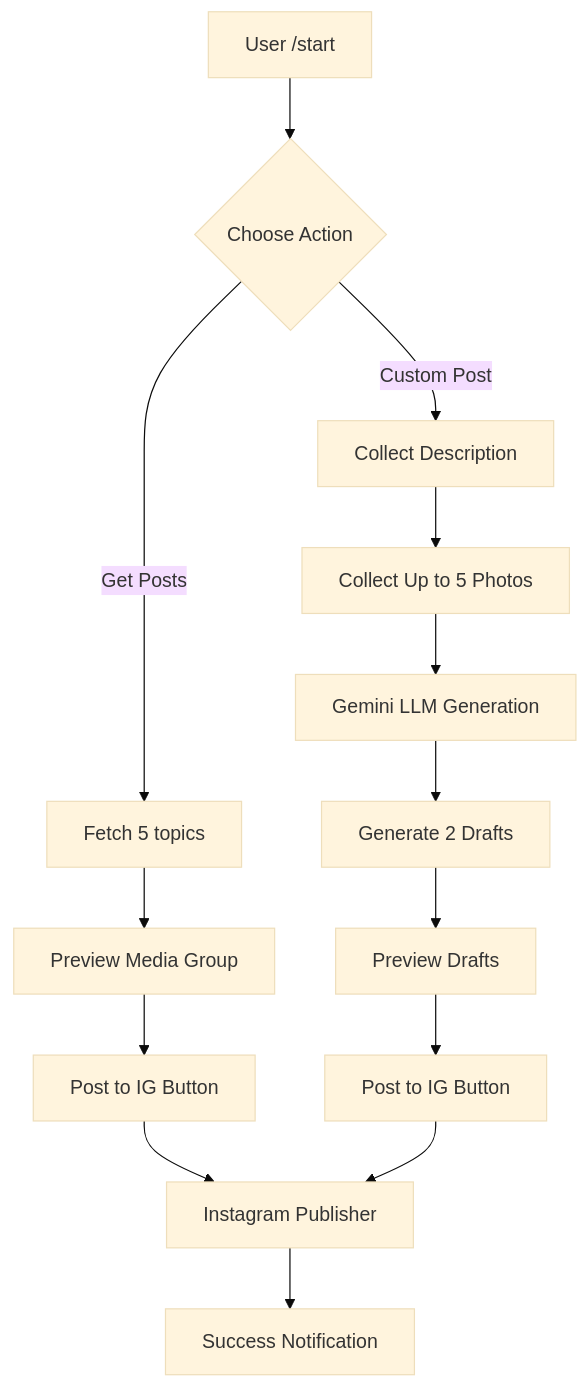
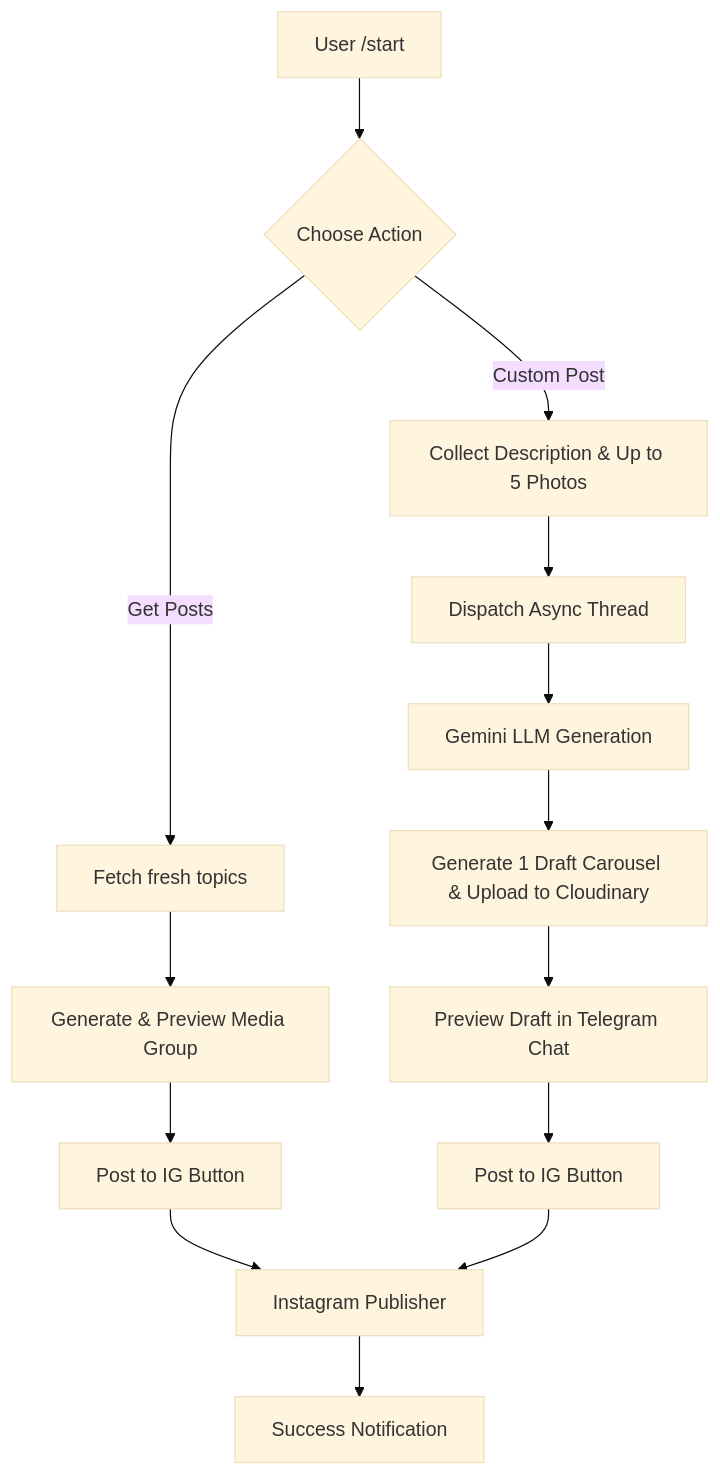
The diagram in docs/TELEGRAM_BOT.md (nitinkachhadiya3/arxiv_intel), drawn with Mermaid (base theme) before and after one commit. The commit also changed other lines of this file and 2 other files, not shown here.

Commit message:
docs: Rewrite all legacy documentation to match the new Telegram Bot interactive standard

````diff
--- a/docs/TELEGRAM_BOT.md
+++ b/docs/TELEGRAM_BOT.md
@@ -35,18 +41,18 @@
 ```mermaid
 graph TD
     A[User /start] --> B{Choose Action}
-    B -->|Get Posts| C[Fetch 5 topics]
-    C --> D[Preview Media Group]
+    B -->|Get Posts| C[Fetch fresh topics]
+    C --> D[Generate & Preview Media Group]
     D --> E[Post to IG Button]
     
-    B -->|Custom Post| F[Collect Description]
-    F --> G[Collect Up to 5 Photos]
+    B -->|Custom Post| F[Collect Description & Up to 5 Photos]
+    F --> G[Dispatch Async Thread]
     G --> H[Gemini LLM Generation]
-    H --> I[Generate 2 Drafts]
-    I --> J[Preview Drafts]
+    H --> I[Generate 1 Draft Carousel & Upload to Cloudinary]
+    I --> J[Preview Draft in Telegram Chat]
     J --> K[Post to IG Button]
     
     E --> L[Instagram Publisher]
     K --> L
     L --> M[Success Notification]
 ```
````
